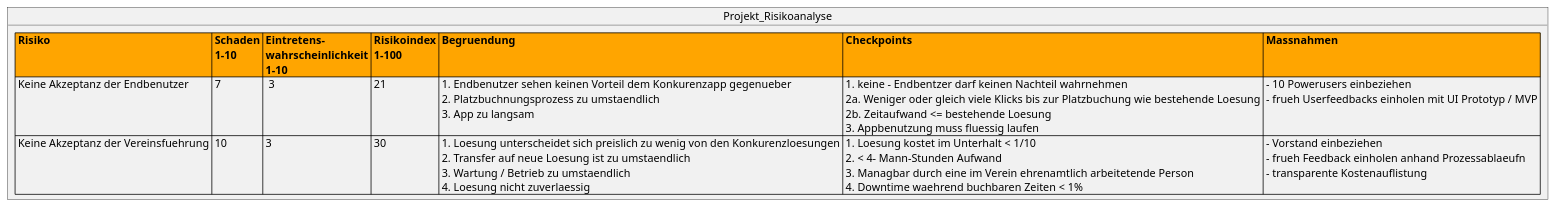
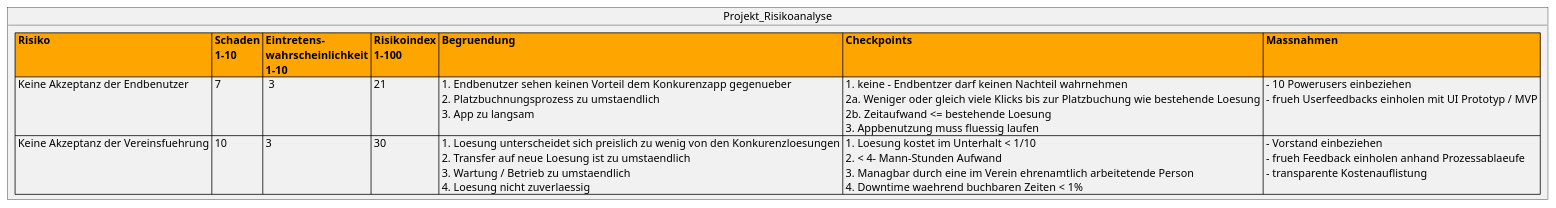
Before and after one commit to incrediblybadcoder/fortylove: the diagram in documents/riskmanagment/ProjectRiskAnalyse.puml, drawn with PlantUML.

Commit message:
#53 typo fix

```diff
--- a/documents/riskmanagment/ProjectRiskAnalyse.puml
+++ b/documents/riskmanagment/ProjectRiskAnalyse.puml
@@ -1,8 +1,8 @@
 @startuml
 object Projekt_Risikoanalyse {
 <#orange>|= Risiko |= <#orange> Schaden \n 1-10 |= <#orange> Eintretens-\n wahrscheinlichkeit \n 1-10 |= <#orange> Risikoindex \n 1-100 |= <#orange> Begruendung |= <#orange> Checkpoints |= <#orange> Massnahmen  |
 | Keine Akzeptanz der Endbenutzer | 7 |  3 | 21 | 1. Endbenutzer sehen keinen Vorteil dem Konkurenzapp gegenueber \n 2. Platzbuchnungsprozess zu umstaendlich\n 3. App zu langsam   | 1. keine - Endbentzer darf keinen Nachteil wahrnehmen \n 2a. Weniger oder gleich viele Klicks bis zur Platzbuchung wie bestehende Loesung \n 2b. Zeitaufwand <= bestehende Loesung  \n 3. Appbenutzung muss fluessig laufen | - 10 Powerusers einbeziehen \n - frueh Userfeedbacks einholen mit UI Prototyp / MVP |
-| Keine Akzeptanz der Vereinsfuehrung | 10 | 3 | 30 | 1. Loesung unterscheidet sich preislich zu wenig von den Konkurenzloesungen \n 2. Transfer auf neue Loesung ist zu umstaendlich \n 3. Wartung / Betrieb zu umstaendlich\n 4. Loesung nicht zuverlaessig  | 1. Loesung kostet im Unterhalt < 1/10\n 2. < 4- Mann-Stunden Aufwand\n 3. Managbar durch eine im Verein ehrenamtlich arbeitetende Person \n 4. Downtime waehrend buchbaren Zeiten < 1%  | - Vorstand einbeziehen\n - frueh Feedback einholen anhand Prozessablaeufn\n - transparente Kostenauflistung |
+| Keine Akzeptanz der Vereinsfuehrung | 10 | 3 | 30 | 1. Loesung unterscheidet sich preislich zu wenig von den Konkurenzloesungen \n 2. Transfer auf neue Loesung ist zu umstaendlich \n 3. Wartung / Betrieb zu umstaendlich\n 4. Loesung nicht zuverlaessig  | 1. Loesung kostet im Unterhalt < 1/10\n 2. < 4- Mann-Stunden Aufwand\n 3. Managbar durch eine im Verein ehrenamtlich arbeitetende Person \n 4. Downtime waehrend buchbaren Zeiten < 1%  | - Vorstand einbeziehen\n - frueh Feedback einholen anhand Prozessablaeufe\n - transparente Kostenauflistung |
 }
 
 @enduml
```
